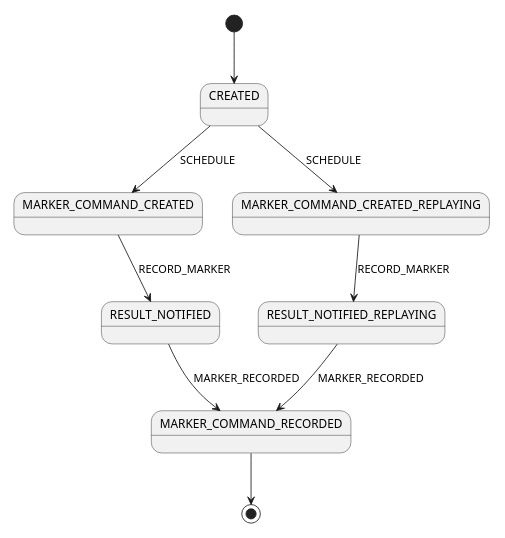
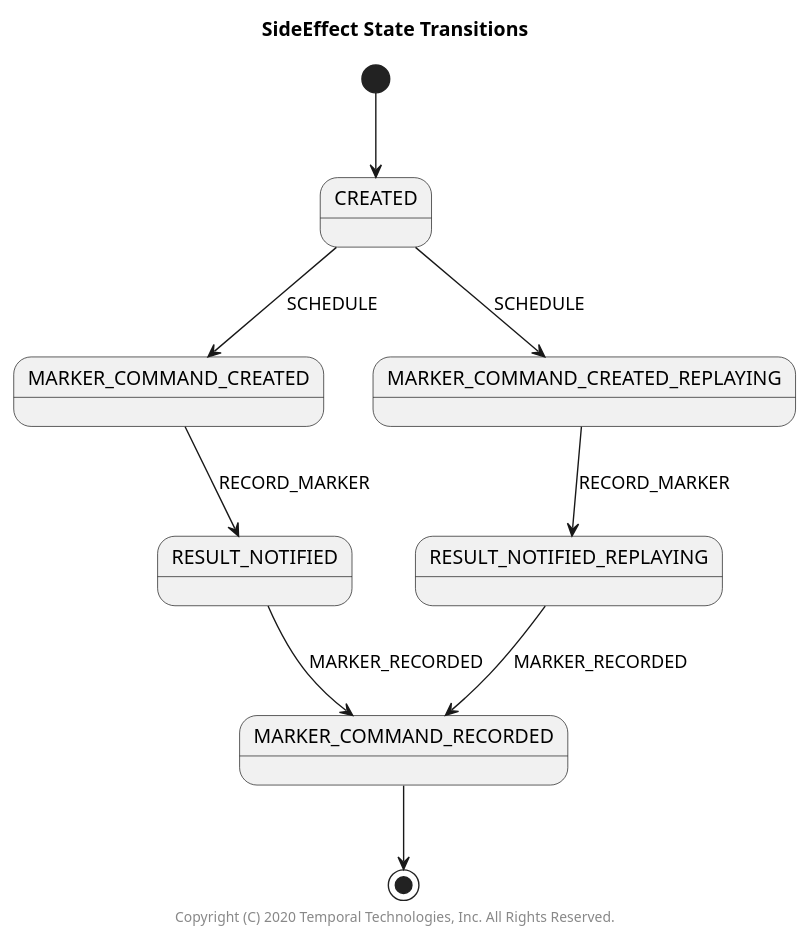
One commit to temporalio/sdk-java changed the diagram in src/main/java/io/temporal/internal/statemachines/SideEffectStateMachine.puml. Above: the diagram before and after it, drawn with PlantUML. The commit also changed 17 other files, not shown here.

```diff
--- a/src/main/java/io/temporal/internal/statemachines/SideEffectStateMachine.puml
+++ b/src/main/java/io/temporal/internal/statemachines/SideEffectStateMachine.puml
@@ -23,11 +23,13 @@
 @startuml
-scale 350 width
+title SideEffect State Transitions
+
 [*] --> CREATED
 CREATED --> MARKER_COMMAND_CREATED: SCHEDULE
 CREATED --> MARKER_COMMAND_CREATED_REPLAYING: SCHEDULE
 MARKER_COMMAND_CREATED --> RESULT_NOTIFIED: RECORD_MARKER
 MARKER_COMMAND_CREATED_REPLAYING --> RESULT_NOTIFIED_REPLAYING: RECORD_MARKER
 RESULT_NOTIFIED --> MARKER_COMMAND_RECORDED: MARKER_RECORDED
 RESULT_NOTIFIED_REPLAYING --> MARKER_COMMAND_RECORDED: MARKER_RECORDED
 MARKER_COMMAND_RECORDED --> [*]
+center footer Copyright (C) 2020 Temporal Technologies, Inc. All Rights Reserved.
 @enduml
```
